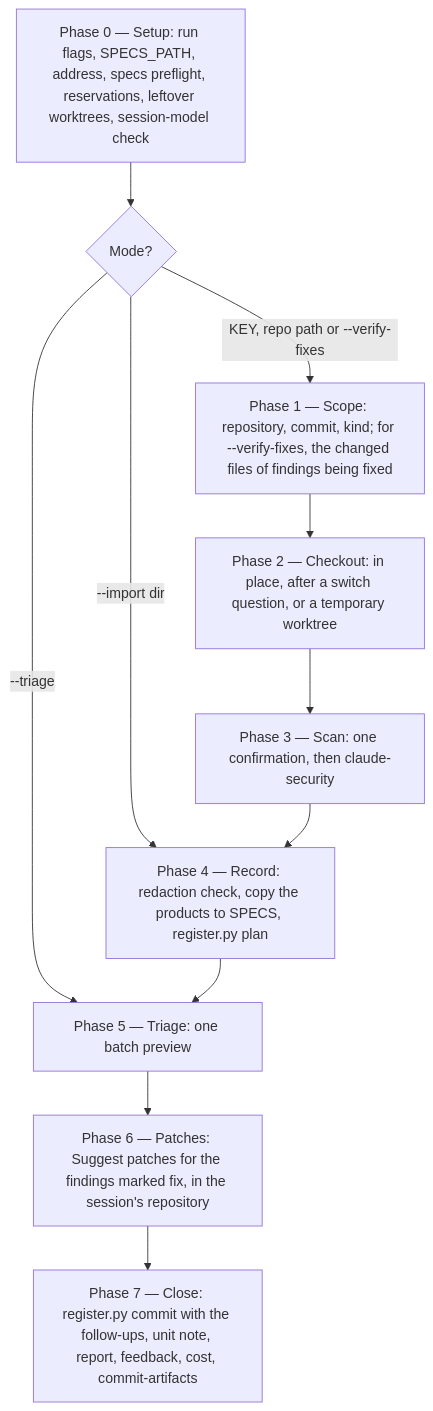
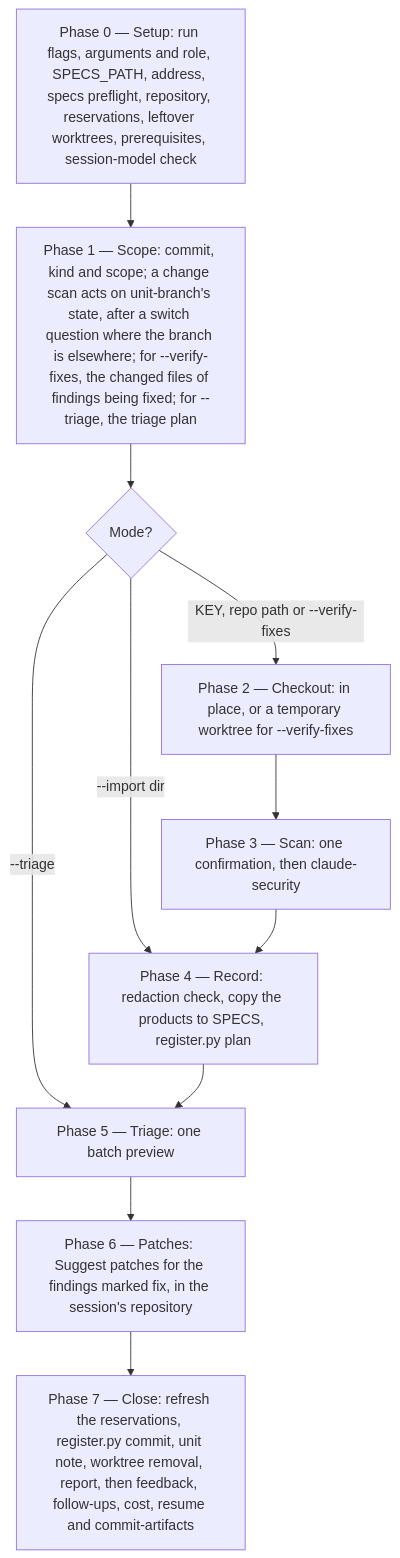
Before and after one commit to ihudak/ai-workflows: the first of 2 diagrams in docs/superpowers/specs/2026-10-15-security-workflows-scan-design.md, drawn with Mermaid. The commit also changed other lines of this file, not shown here.

Commit message:
docs(spec): D14's lanes by role, and D4's flowchart and D8's state diagram as the docs pages draw them from the landed command and reference

````diff
--- a/docs/superpowers/specs/2026-10-15-security-workflows-scan-design.md
+++ b/docs/superpowers/specs/2026-10-15-security-workflows-scan-design.md
@@ -236,13 +236,13 @@
 ```mermaid
 flowchart TD
-    p0["Phase 0 — Setup: run flags, SPECS_PATH, address, specs preflight, reservations, leftover worktrees, session-model check"] --> mode{"Mode?"}
-    mode -->|"KEY, repo path or --verify-fixes"| p1["Phase 1 — Scope: repository, commit, kind; for --verify-fixes, the changed files of findings being fixed"]
+    p0["Phase 0 — Setup: run flags, arguments and role, SPECS_PATH, address, specs preflight, repository, reservations, leftover worktrees, prerequisites, session-model check"] --> p1["Phase 1 — Scope: commit, kind and scope; a change scan acts on unit-branch's state, after a switch question where the branch is elsewhere; for --verify-fixes, the changed files of findings being fixed; for --triage, the triage plan"]
+    p1 --> mode{"Mode?"}
+    mode -->|"KEY, repo path or --verify-fixes"| p2["Phase 2 — Checkout: in place, or a temporary worktree for --verify-fixes"]
     mode -->|"--import dir"| p4
     mode -->|"--triage"| p5
-    p1 --> p2["Phase 2 — Checkout: in place, after a switch question, or a temporary worktree"]
     p2 --> p3["Phase 3 — Scan: one confirmation, then claude-security"]
     p3 --> p4["Phase 4 — Record: redaction check, copy the products to SPECS, register.py plan"]
     p4 --> p5["Phase 5 — Triage: one batch preview"]
     p5 --> p6["Phase 6 — Patches: Suggest patches for the findings marked fix, in the session's repository"]
-    p6 --> p7["Phase 7 — Close: register.py commit with the follow-ups, unit note, report, feedback, cost, commit-artifacts"]
+    p6 --> p7["Phase 7 — Close: refresh the reservations, register.py commit, unit note, worktree removal, report, then feedback, follow-ups, cost, resume and commit-artifacts"]
 ```
````
